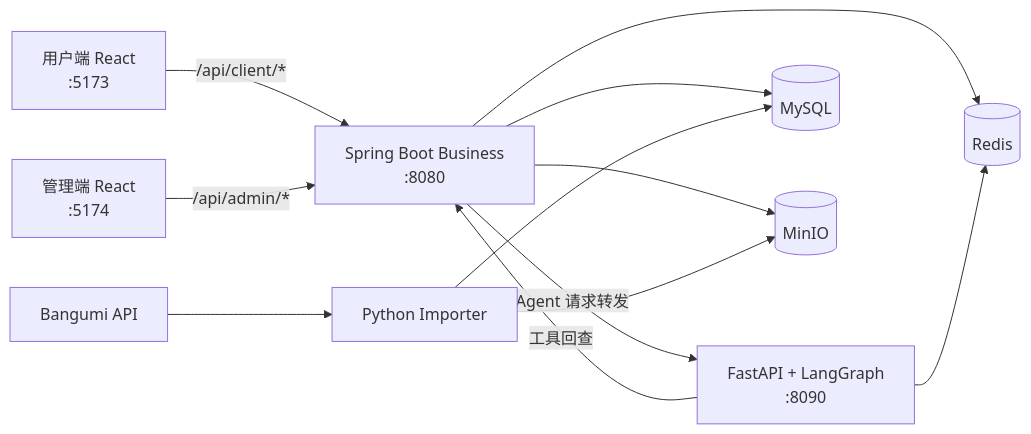
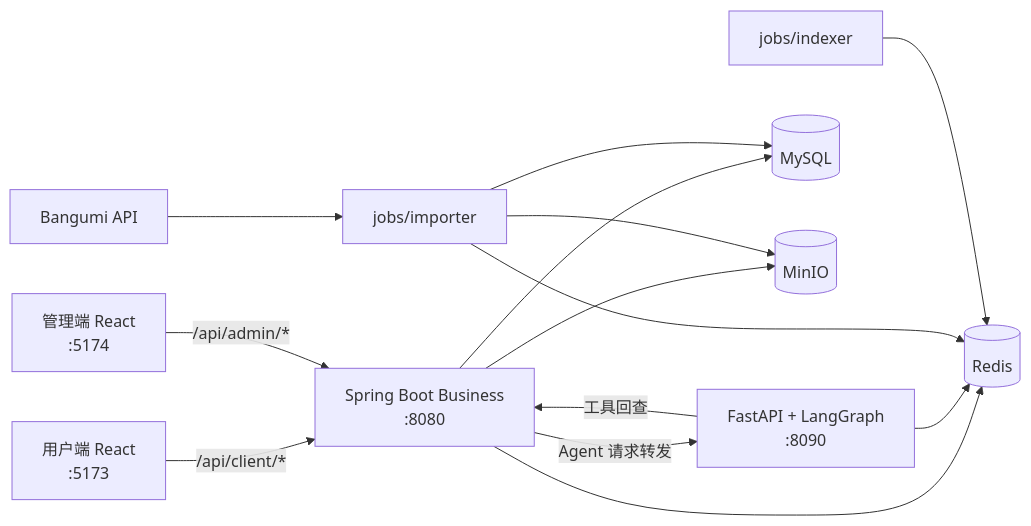
Before and after one commit to zhaizzH/AnimeTracker: the second of 2 diagrams in README.md, drawn with Mermaid. The commit also changed other lines of this file and 5 other files, not shown here.

````diff
--- a/README.md
+++ b/README.md
@@ -64,24 +75,27 @@
 ```mermaid
 flowchart LR
     Client["用户端 React<br/>:5173"]
     Admin["管理端 React<br/>:5174"]
     Business["Spring Boot Business<br/>:8080"]
     Agent["FastAPI + LangGraph<br/>:8090"]
     MySQL[(MySQL)]
     Redis[(Redis)]
     MinIO[(MinIO)]
     Bangumi[Bangumi API]
-    Importer[Python Importer]
+    Importer["jobs/importer"]
+    Indexer["jobs/indexer"]
 
     Client -->|/api/client/*| Business
     Admin -->|/api/admin/*| Business
     Business -->|Agent 请求转发| Agent
     Agent -->|工具回查| Business
     Business --> MySQL
     Business --> Redis
     Business --> MinIO
     Agent --> Redis
     Bangumi --> Importer
     Importer --> MySQL
     Importer --> MinIO
+    Importer --> Redis
+    Indexer --> Redis
 ```
````
